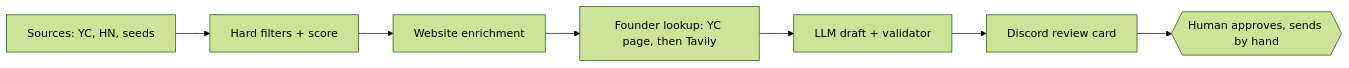
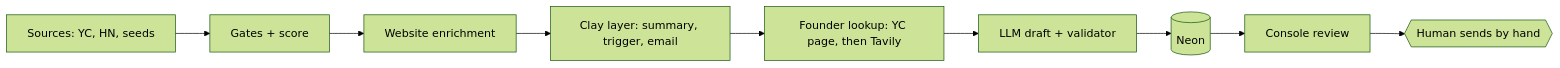
Before and after one commit to mohamedlandolsi/personal-gtm-engine: the diagram in README.md, drawn with Mermaid (forest theme). The commit also changed other lines of this file and 28 other files, not shown here.

````diff
--- a/README.md
+++ b/README.md
@@ -21,9 +21,11 @@
 ```mermaid
 flowchart LR
-    A["Sources: YC, HN, seeds"] --> B["Hard filters + score"]
+    A["Sources: YC, HN, seeds"] --> B["Gates + score"]
     B --> C["Website enrichment"]
-    C --> D["Founder lookup: YC page, then Tavily"]
-    D --> E["LLM draft + validator"]
-    E --> F["Discord review card"]
-    F --> G{{"Human approves, sends by hand"}}
+    C --> D["Clay layer: summary, trigger, email"]
+    D --> E["Founder lookup: YC page, then Tavily"]
+    E --> F["LLM draft + validator"]
+    F --> G[("Neon")]
+    G --> H["Console review"]
+    H --> I{{"Human sends by hand"}}
 ```
````
